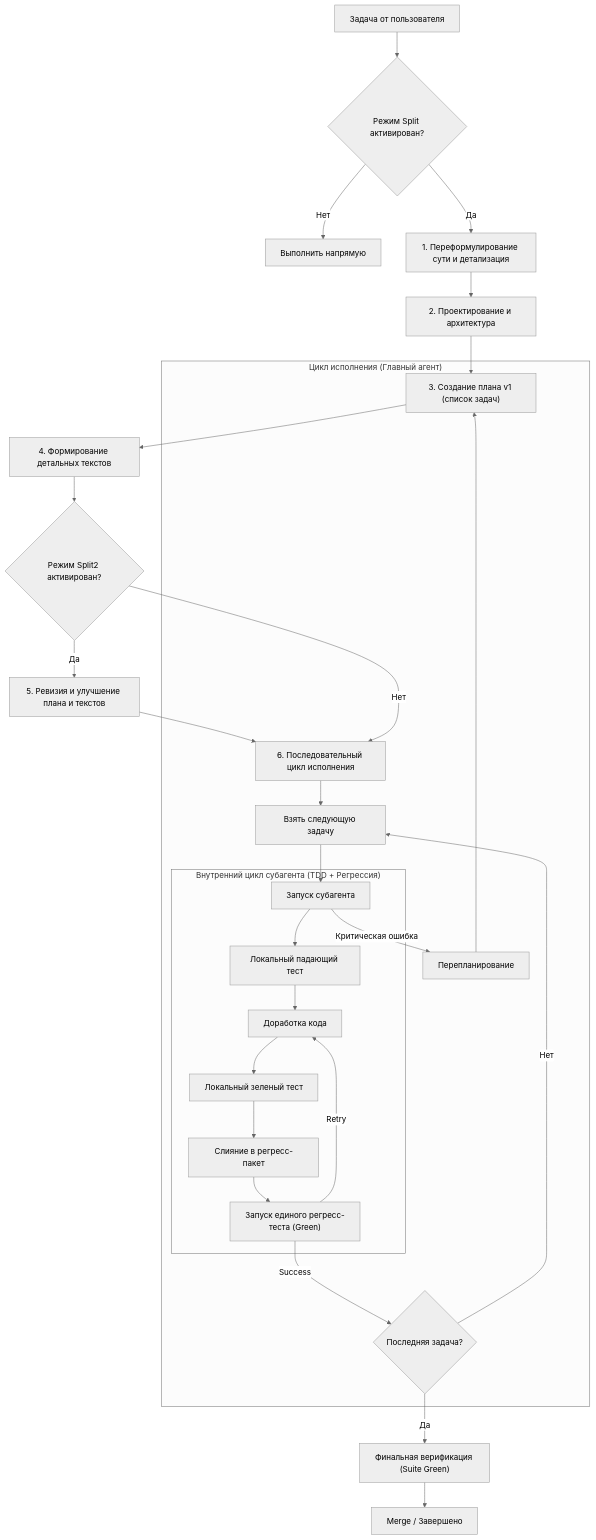
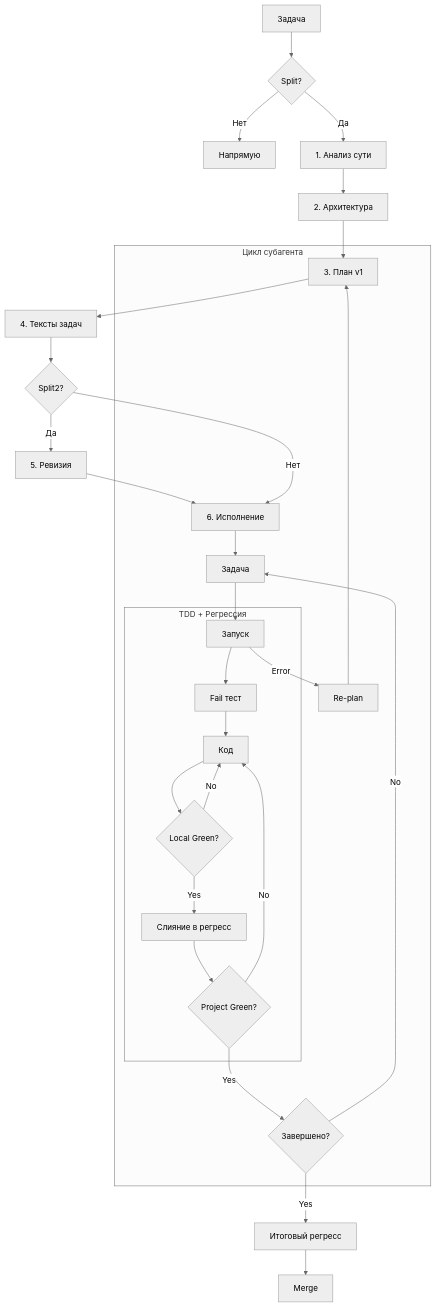
One commit to SpIvanM/split-first-tdd-agent-orchestration-framework changed the diagram in README.md. Above: the diagram before and after it, drawn with Mermaid (neutral theme). The commit also changed other lines of this file and 1 other file, not shown here.

Commit message:
docs: simplify and condense documentation and mermaid diagrams for split-mode workflows

````diff
--- a/README.md
+++ b/README.md
@@ -103,36 +102,37 @@
 ```mermaid
 graph TD
-    A["Задача от пользователя"] --> B{"Режим Split активирован?"}
-    B -- "Нет" --> C["Выполнить напрямую"]
-    B -- "Да" --> D["1. Переформулирование сути и детализация"]
-    D --> E["2. Проектирование и архитектура"]
-    E --> F["3. Создание плана v1 (список задач)"]
-    F --> G["4. Формирование детальных текстов"]
-    G --> H{"Режим Split2 активирован?"}
-    H -- "Да" --> I["5. Ревизия и улучшение плана и текстов"]
-    I --> J["6. Последовательный цикл исполнения"]
+    A["Задача"] --> B{"Split?"}
+    B -- "Нет" --> C["Напрямую"]
+    B -- "Да" --> D["1. Анализ сути"]
+    D --> E["2. Архитектура"]
+    E --> F["3. План v1"]
+    F --> G["4. Тексты задач"]
+    G --> H{"Split2?"}
+    H -- "Да" --> I["5. Ревизия"]
+    I --> J["6. Исполнение"]
     H -- "Нет" --> J
     
-    subgraph "Цикл исполнения (Главный агент)"
-        J --> K["Взять следующую задачу"]
-        K --> L["Запуск субагента"]
+    subgraph "Цикл субагента"
+        J --> K["Задача"]
+        K --> L["Запуск"]
         
-        subgraph "Внутренний цикл субагента (TDD + Регрессия)"
-            L --> M["Локальный падающий тест"]
-            M --> N["Доработка кода"]
-            N --> O["Локальный зеленый тест"]
-            O --> P["Слияние в регресс-пакет"]
-            P --> Q["Запуск единого регресс-теста (Green)"]
-            Q -- "Retry" --> N
+        subgraph "TDD + Регрессия"
+            L --> M["Fail тест"]
+            M --> N["Код"]
+            N --> O{"Local Green?"}
+            O -- "No" --> N
+            O -- "Yes" --> P["Слияние в регресс"]
+            P --> Q{"Project Green?"}
+            Q -- "No" --> N
         end
         
-        Q -- "Success" --> R{"Последняя задача?"}
-        R -- "Нет" --> K
+        Q -- "Yes" --> R{"Завершено?"}
+        R -- "No" --> K
         
-        L -- "Критическая ошибка" --> T["Перепланирование"]
+        L -- "Error" --> T["Re-plan"]
         T --> F
     end
     
-    R -- "Да" --> U["Финальная верификация (Suite Green)"]
-    U --> V["Merge / Завершено"]
+    R -- "Yes" --> U["Итоговый регресс"]
+    U --> V["Merge"]
 ```
````
